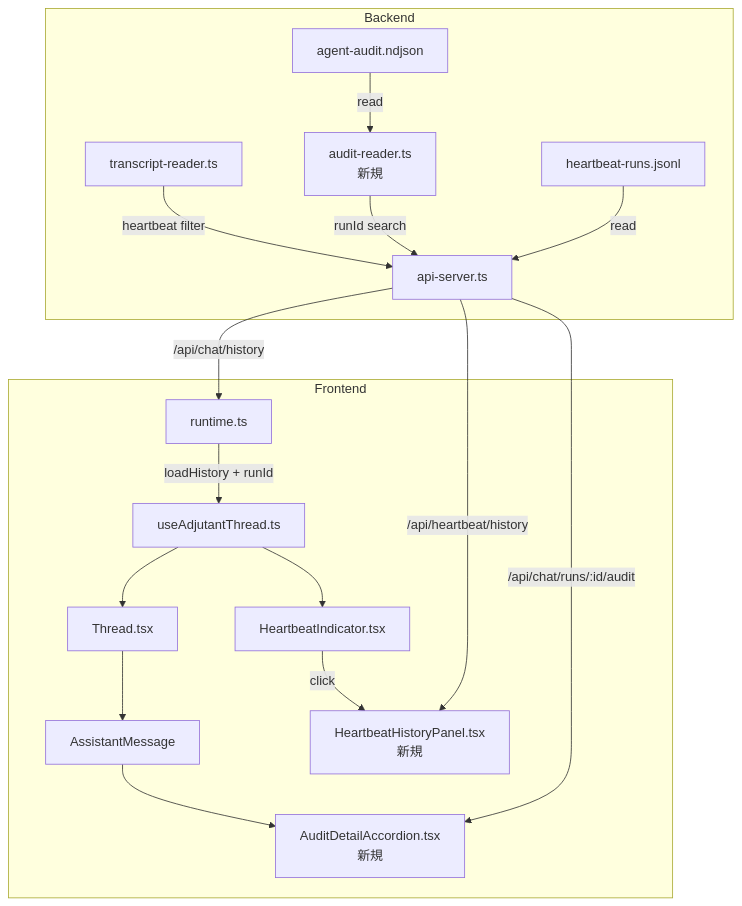
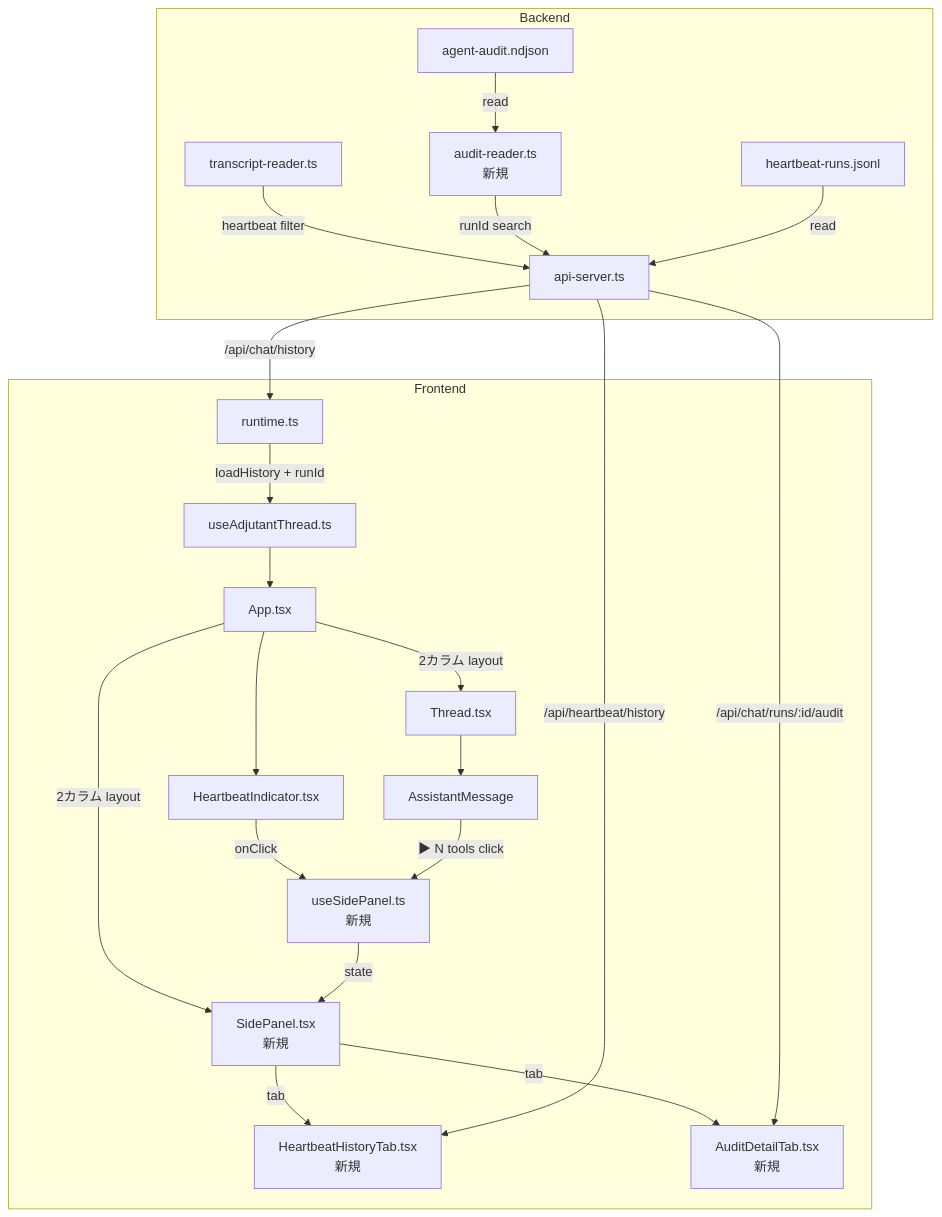
The first of 3 diagrams in doc/plan/260223-s04-chat-ui-heartbeat-filter-audit-detail.md (masahide/adjutant), drawn with Mermaid before and after one commit. The commit also changed other lines of this file, not shown here.

````diff
--- a/doc/plan/260223-s04-chat-ui-heartbeat-filter-audit-detail.md
+++ b/doc/plan/260223-s04-chat-ui-heartbeat-filter-audit-detail.md
@@ -231,22 +385,27 @@
 ```mermaid
 graph TD
     subgraph Backend
         TR[transcript-reader.ts] -->|heartbeat filter| API[api-server.ts]
         AR[audit-reader.ts<br/>新規] -->|runId search| API
         HR[heartbeat-runs.jsonl] -->|read| API
         AL[agent-audit.ndjson] -->|read| AR
     end
 
     subgraph Frontend
+        APP[App.tsx] -->|2カラム layout| TH[Thread.tsx]
+        APP -->|2カラム layout| SP[SidePanel.tsx<br/>新規]
+        SP -->|tab| HBT[HeartbeatHistoryTab.tsx<br/>新規]
+        SP -->|tab| ADT[AuditDetailTab.tsx<br/>新規]
+        APP --> HI[HeartbeatIndicator.tsx]
+        HI -->|onClick| HOOK_SP[useSidePanel.ts<br/>新規]
+        TH --> AM[AssistantMessage]
+        AM -->|▶ N tools click| HOOK_SP
+        HOOK_SP -->|state| SP
         RT[runtime.ts] -->|loadHistory + runId| HOOK[useAdjutantThread.ts]
-        HOOK --> TH[Thread.tsx]
-        HOOK --> HI[HeartbeatIndicator.tsx]
-        TH --> AM[AssistantMessage]
-        AM --> ACC[AuditDetailAccordion.tsx<br/>新規]
-        HI -->|click| HHP[HeartbeatHistoryPanel.tsx<br/>新規]
+        HOOK --> APP
     end
 
     API -->|/api/chat/history| RT
-    API -->|/api/heartbeat/history| HHP
-    API -->|/api/chat/runs/:id/audit| ACC
+    API -->|/api/heartbeat/history| HBT
+    API -->|/api/chat/runs/:id/audit| ADT
 ```
````
